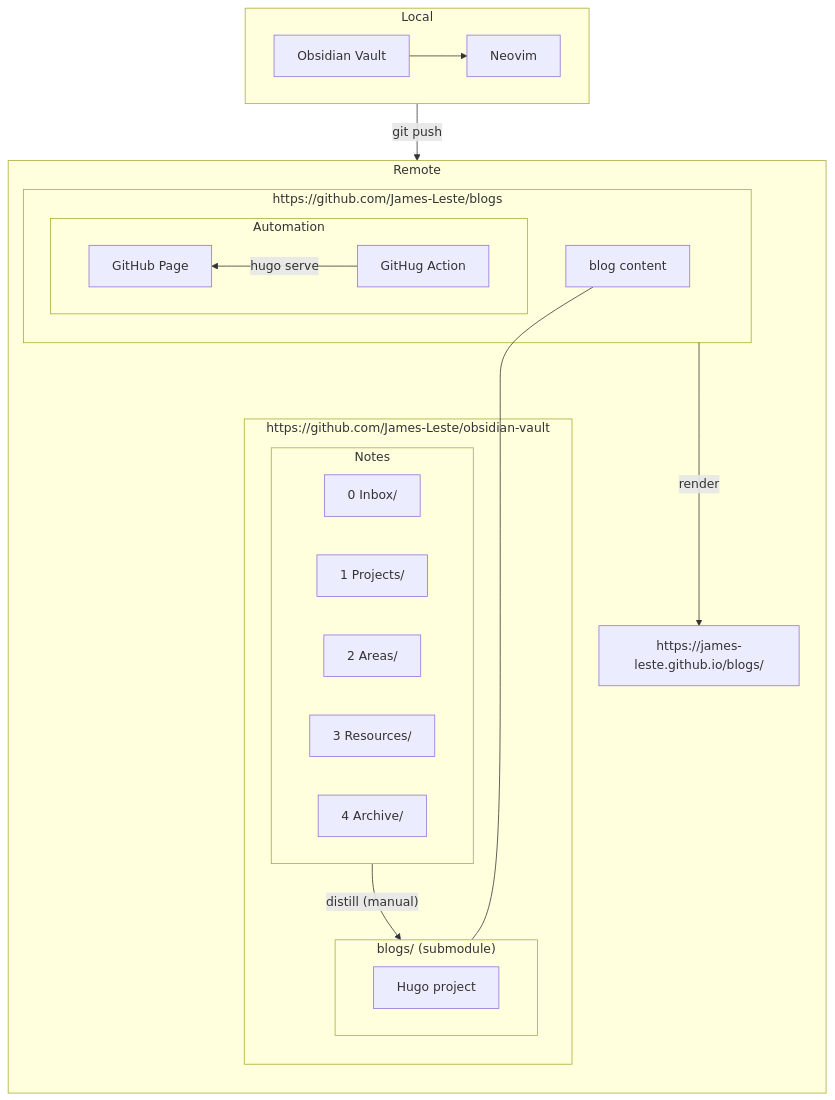
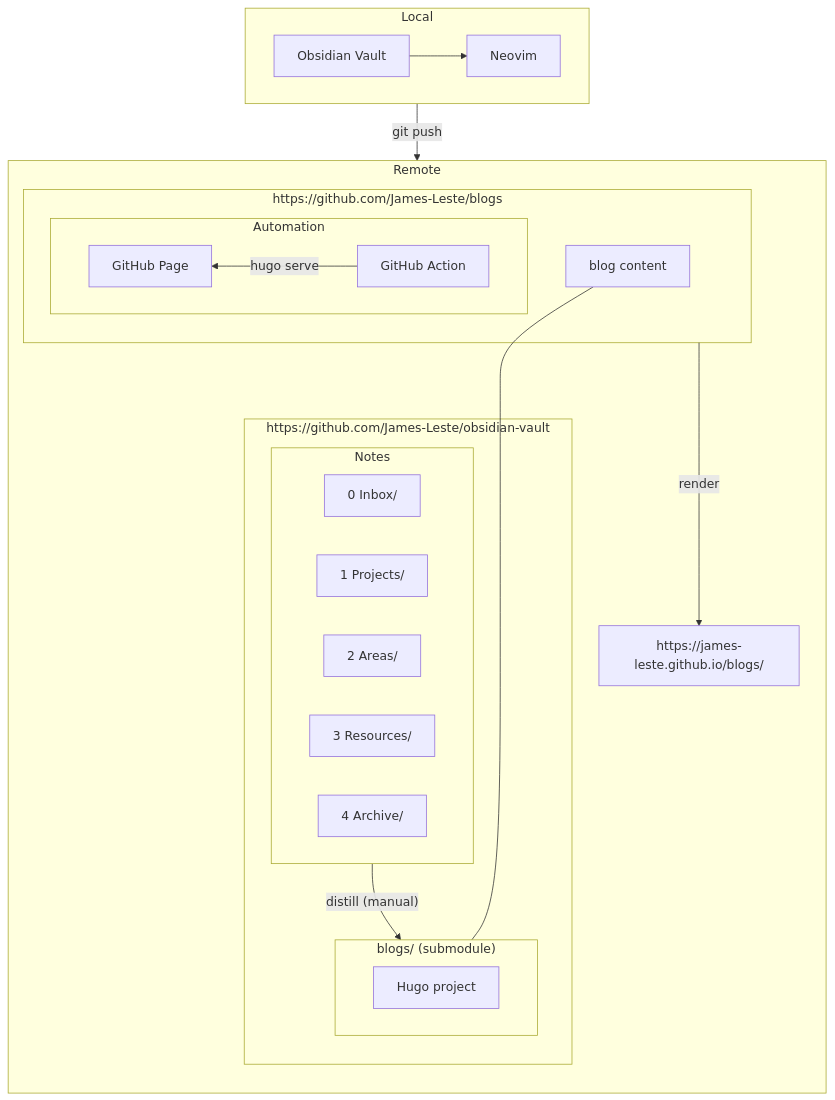
Before and after one commit to James-Leste/blogs: the diagram in content/posts/blog-automation-pipeline.md, drawn with Mermaid. The commit also changed other lines of this file, not shown here.

````diff
--- a/content/posts/blog-automation-pipeline.md
+++ b/content/posts/blog-automation-pipeline.md
@@ -54,41 +108,41 @@
 ```mermaid
 flowchart TB
   subgraph Local
     neovim["Neovim"]
     obsidian-vault["Obsidian Vault"]
     obsidian-vault --> neovim
   end
 
   subgraph Remote
     direction TB
     subgraph Obsidian["https://github.com/James-Leste/obsidian-vault"]
       subgraph Notes
         0-inbox["0 Inbox/"]
         1-Projects["1 Projects/"]
         2-Areas["2 Areas/"]
         3-Resources["3 Resources/"]
         4-Archive["4 Archive/"]
       end
       subgraph sub-blogs["blogs/ (submodule)"]
         hugo-project["Hugo project"]
       end
       Notes -- "distill (manual)" --> sub-blogs
     end
     
     subgraph blogs["https://github.com/James-Leste/blogs"]
       blog-content["blog content"]
-      github-action["GitHug Action"]
+      github-action["GitHub Action"]
       github-page["GitHub Page"]
       subgraph CI-CD["Automation"]
         direction RL
         github-action -- "hugo serve" --> github-page
       end
     end
     blog-content ---- sub-blogs
 
     blogs-public-site["https://james-leste.github.io/blogs/"]
     blogs -- "render" --> blogs-public-site
   end
 
   Local -- "git push" --> blog-content
 ```
````
